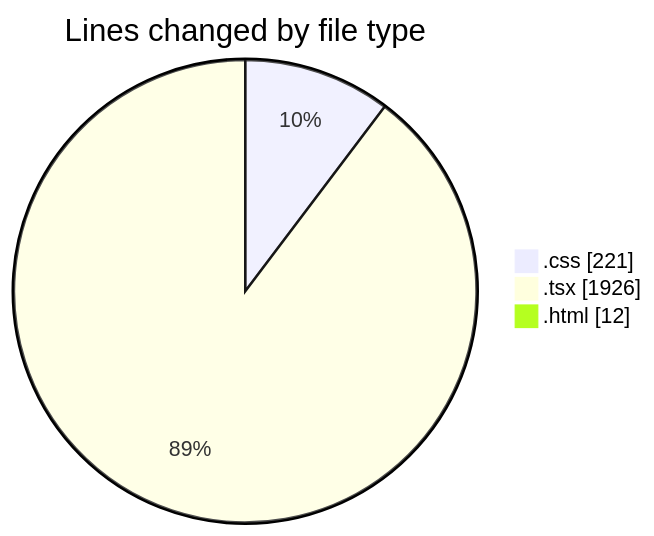
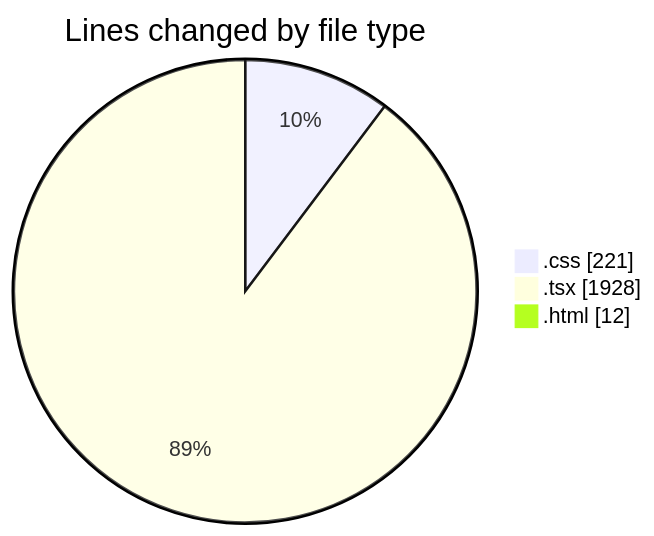
The first of 2 diagrams in 2025-03-29/binarysec/README.md (Elitesun/code-tracking), drawn with Mermaid before and after one commit. The commit also changed other lines of this file and 1 other file, not shown here.

````diff
--- a/2025-03-29/binarysec/README.md
+++ b/2025-03-29/binarysec/README.md
@@ -32,7 +32,7 @@
 ```mermaid
 pie showData
 title Lines changed by file type
 ".css" : 221
-".tsx" : 1926
+".tsx" : 1928
 ".html" : 12
 ```
````
